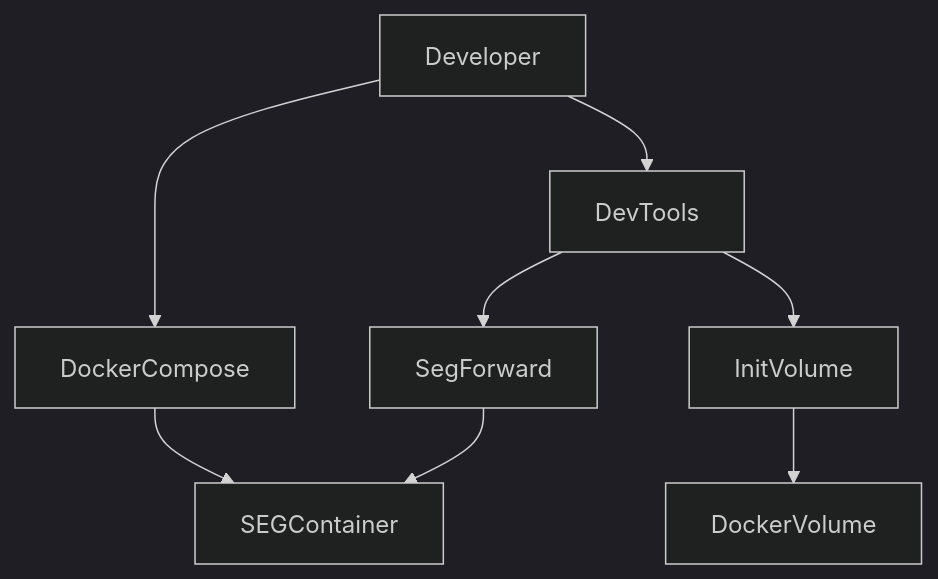
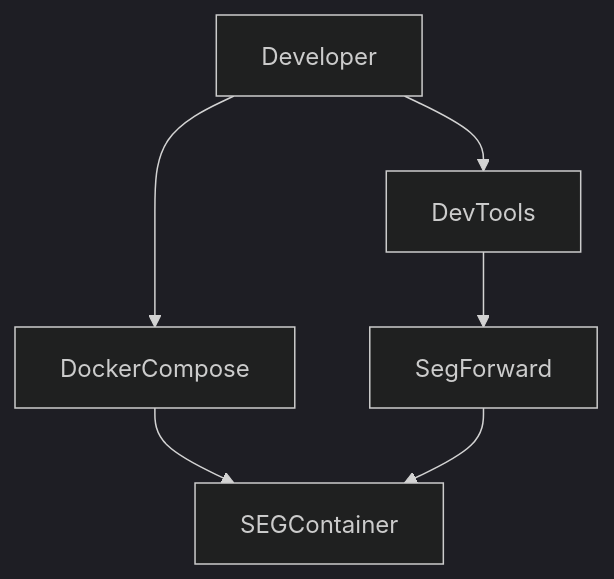
Before and after one commit to Libertocrat/seg: the third of 3 diagrams in DEVELOPMENT.md, drawn with Mermaid (dark theme). The commit also changed other lines of this file and 23 other files, not shown here.

````diff
--- a/DEVELOPMENT.md
+++ b/DEVELOPMENT.md
@@ -513,12 +475,9 @@
 ```mermaid
 flowchart TD
 Developer --> DockerCompose
 DockerCompose --> SEGContainer
 
 Developer --> DevTools
-DevTools --> InitVolume
 DevTools --> SegForward
-
-InitVolume --> DockerVolume
 SegForward --> SEGContainer
 ```
````
